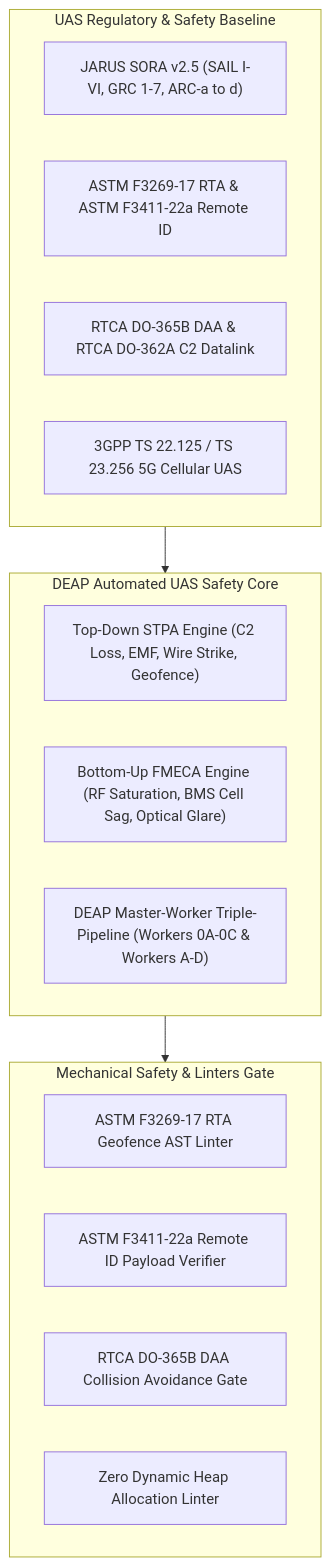
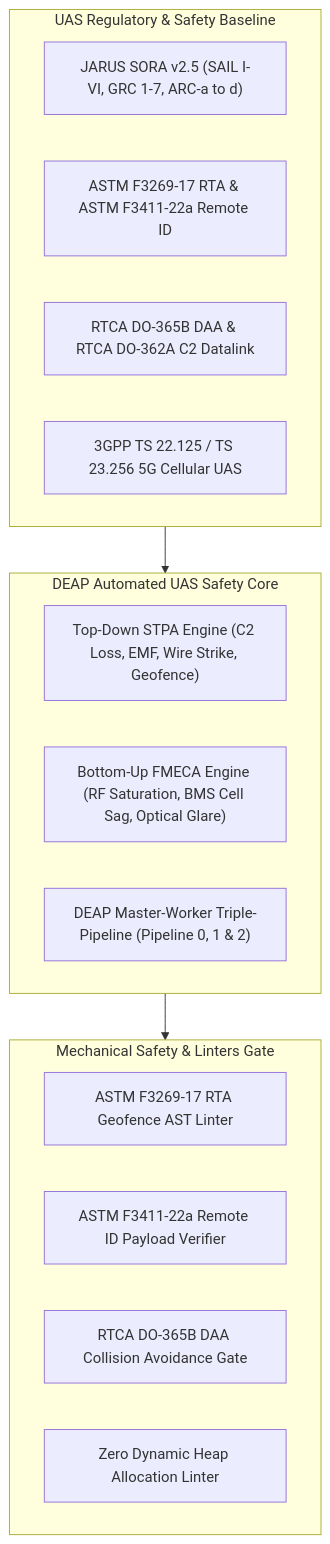
The first of 7 diagrams in docs/architecture/blueprints/DEAP_UAS_INFRASTRUCTURE_SAFETY_CONCEPT_PAPER.md (gintatkinson/DEAP-avionic-flight-safety), drawn with Mermaid before and after one commit. The commit also changed other lines of this file and 3 other files, not shown here.

````diff
--- a/docs/architecture/blueprints/DEAP_UAS_INFRASTRUCTURE_SAFETY_CONCEPT_PAPER.md
+++ b/docs/architecture/blueprints/DEAP_UAS_INFRASTRUCTURE_SAFETY_CONCEPT_PAPER.md
@@ -22,25 +22,25 @@
 ```mermaid
 flowchart TD
     subgraph Regulatory ["UAS Regulatory & Safety Baseline"]
         R1["JARUS SORA v2.5 (SAIL I-VI, GRC 1-7, ARC-a to d)"]
         R2["ASTM F3269-17 RTA & ASTM F3411-22a Remote ID"]
         R3["RTCA DO-365B DAA & RTCA DO-362A C2 Datalink"]
         R4["3GPP TS 22.125 / TS 23.256 5G Cellular UAS"]
     end
 
     subgraph DEAP_Core ["DEAP Automated UAS Safety Core"]
         STPA_Engine["Top-Down STPA Engine (C2 Loss, EMF, Wire Strike, Geofence)"]
         FMECA_Engine["Bottom-Up FMECA Engine (RF Saturation, BMS Cell Sag, Optical Glare)"]
-        Triple_Pipe["DEAP Master-Worker Triple-Pipeline (Workers 0A-0C & Workers A-D)"]
+        Triple_Pipe["DEAP Master-Worker Triple-Pipeline (Pipeline 0, 1 & 2)"]
     end
 
     subgraph Verification ["Mechanical Safety & Linters Gate"]
         RTA_Gate["ASTM F3269-17 RTA Geofence AST Linter"]
         RID_Gate["ASTM F3411-22a Remote ID Payload Verifier"]
         DAA_Gate["RTCA DO-365B DAA Collision Avoidance Gate"]
         Heap_Gate["Zero Dynamic Heap Allocation Linter"]
     end
 
     Regulatory --> DEAP_Core
     DEAP_Core --> Verification
 ```
````
